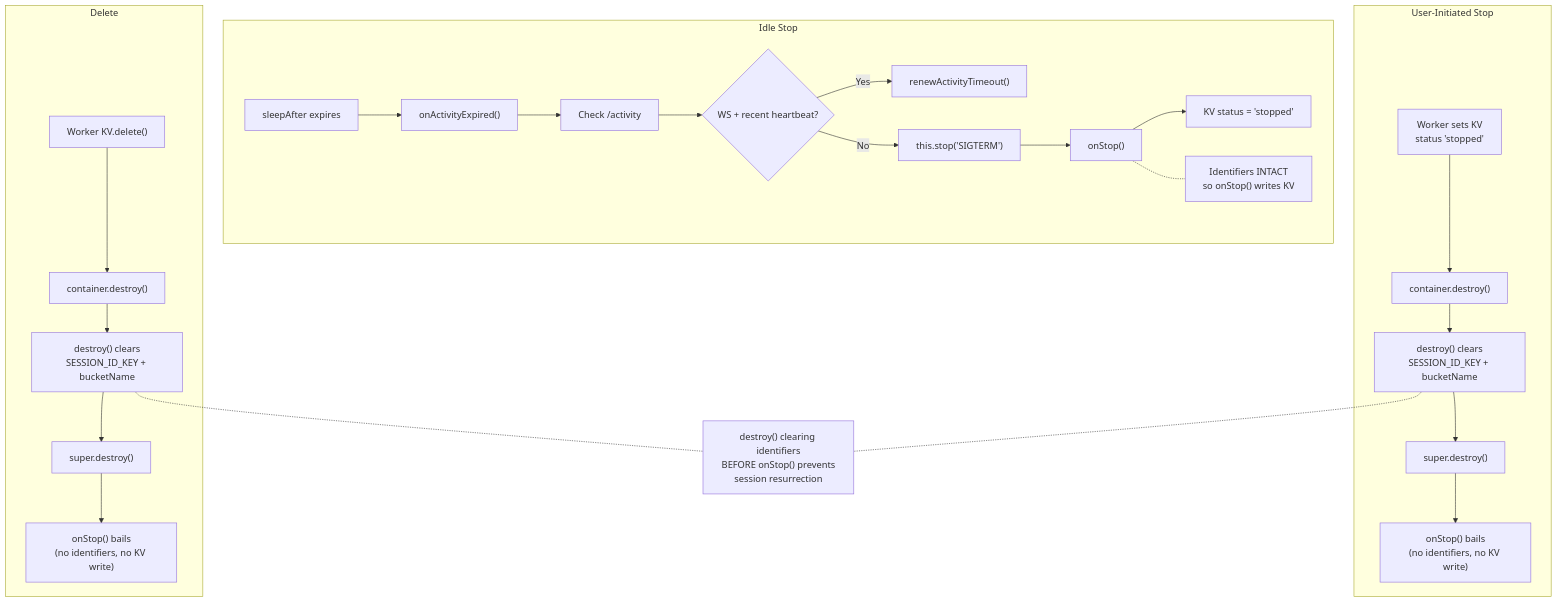
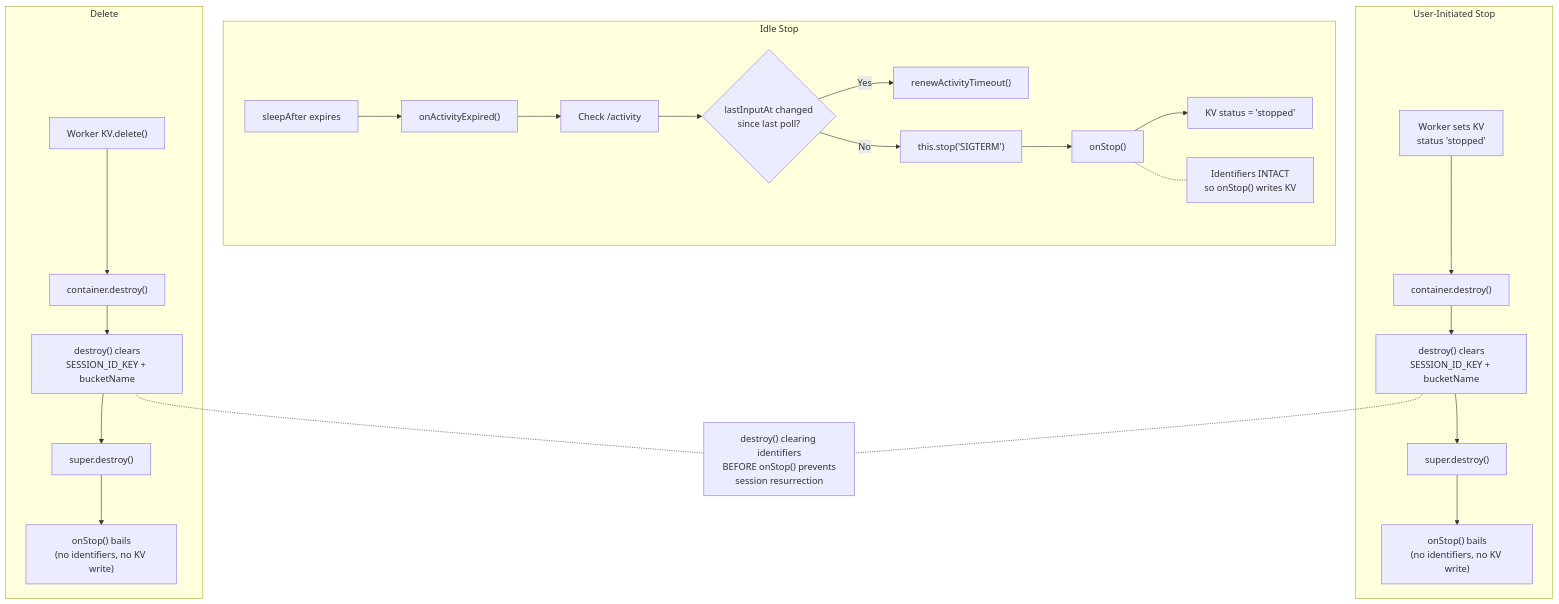
One commit to nikolanovoselec/codeflare changed the eighth of 14 diagrams in TECHNICAL.md. Above: the diagram before and after it, drawn with Mermaid. The commit also changed other lines of this file and 5 other files, not shown here.

````diff
--- a/TECHNICAL.md
+++ b/TECHNICAL.md
@@ -416,30 +409,30 @@
 ```mermaid
 flowchart TD
     subgraph Idle["Idle Stop"]
         I1["sleepAfter expires"] --> I2["onActivityExpired()"]
         I2 --> I3["Check /activity"]
-        I3 --> I4{"WS + recent heartbeat?"}
+        I3 --> I4{"lastInputAt changed<br/>since last poll?"}
         I4 -->|Yes| I4R["renewActivityTimeout()"]
         I4 -->|No| I5["this.stop('SIGTERM')"]
         I5 --> I6["onStop()"]
         I6 --> I7["KV status = 'stopped'"]
         I6 -.- IN["Identifiers INTACT<br/>so onStop() writes KV"]
     end
 
     subgraph User["User-Initiated Stop"]
         U1["Worker sets KV<br/>status 'stopped'"] --> U2["container.destroy()"]
         U2 --> U3["destroy() clears<br/>SESSION_ID_KEY + bucketName"]
         U3 --> U4["super.destroy()"]
         U4 --> U5["onStop() bails<br/>(no identifiers, no KV write)"]
     end
 
     subgraph Del["Delete"]
         D1["Worker KV.delete()"] --> D2["container.destroy()"]
         D2 --> D3["destroy() clears<br/>SESSION_ID_KEY + bucketName"]
         D3 --> D4["super.destroy()"]
         D4 --> D5["onStop() bails<br/>(no identifiers, no KV write)"]
     end
 
     U3 -.- Key["destroy() clearing identifiers<br/>BEFORE onStop() prevents<br/>session resurrection"]
     D3 -.- Key
 ```
````
